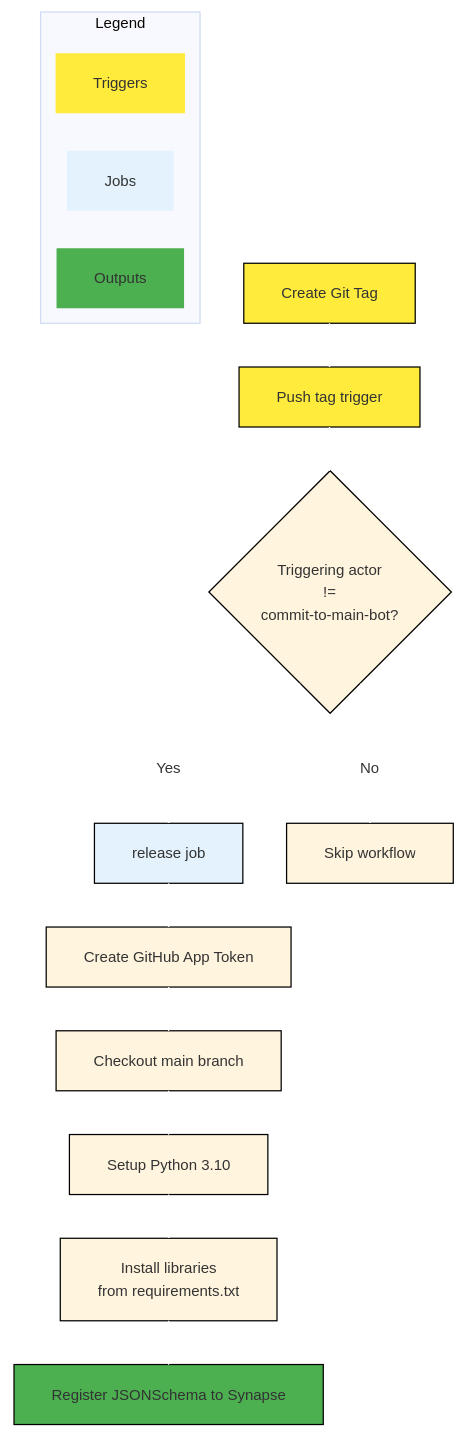
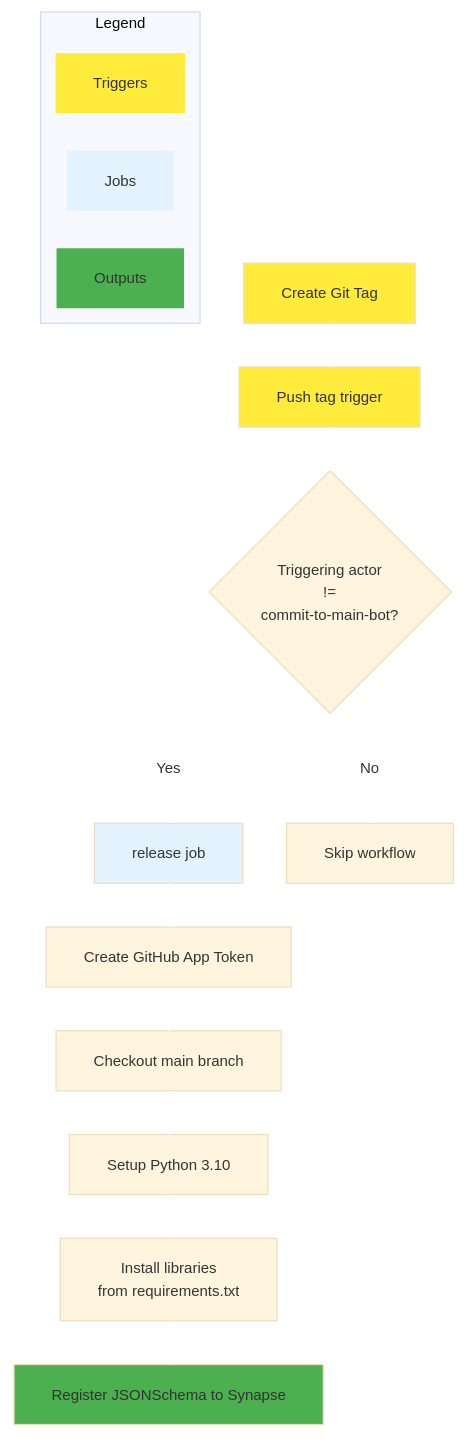
Before and after one commit to adknowledgeportal/data-models: the second of 2 diagrams in .github/workflows/README.md, drawn with Mermaid. The commit also changed other lines of this file, not shown here.

Commit message:
remove edge strokes

````diff
--- a/.github/workflows/README.md
+++ b/.github/workflows/README.md
@@ -145,30 +145,30 @@
 ```mermaid
-%%{init: {"flowchart": {"defaultRenderer": "elk"}, "theme": "base", "themeVariables": {"fontSize": "12px", "lineColor": "#ffffff", "edgeLabelBackground": "#ffffff", "edgeStrokeWidth": "2px", "primaryBorderColor": "#000000"}}}%%
+%%{init: {"flowchart": {"defaultRenderer": "elk"}, "theme": "base", "themeVariables": {"fontSize": "12px", "lineColor": "#ffffff", "edgeLabelBackground": "#ffffff"}}}%%
     flowchart TD
     A[Create Git Tag] --> B[Push tag trigger]
     
     B --> C{Triggering actor<br>!=<br>commit-to-main-bot?}
     C -->|Yes| D[release job]
     C -->|No| Z[Skip workflow]
     
     D --> D1[Create GitHub App Token]
     D1 --> D2[Checkout main branch]
     D2 --> D3[Setup Python 3.10]
     D3 --> D4[Install libraries<br>from requirements.txt]
     D4 --> D5[Register JSONSchema to Synapse]
     subgraph Legend
         direction TB
         triggers[Triggers]
         jobs[Jobs]
         outputs[Outputs]
         triggers ~~~ jobs ~~~ outputs
         style triggers fill:#ffeb3b,stroke-width:0px
         style jobs fill:#e3f2fd,stroke-width:0px
         style outputs fill:#4caf50,stroke-width:0px
     end
     
     style A fill:#ffeb3b
     style B fill:#ffeb3b
     style D fill:#e3f2fd
     style D5 fill:#4caf50
 ```
````
